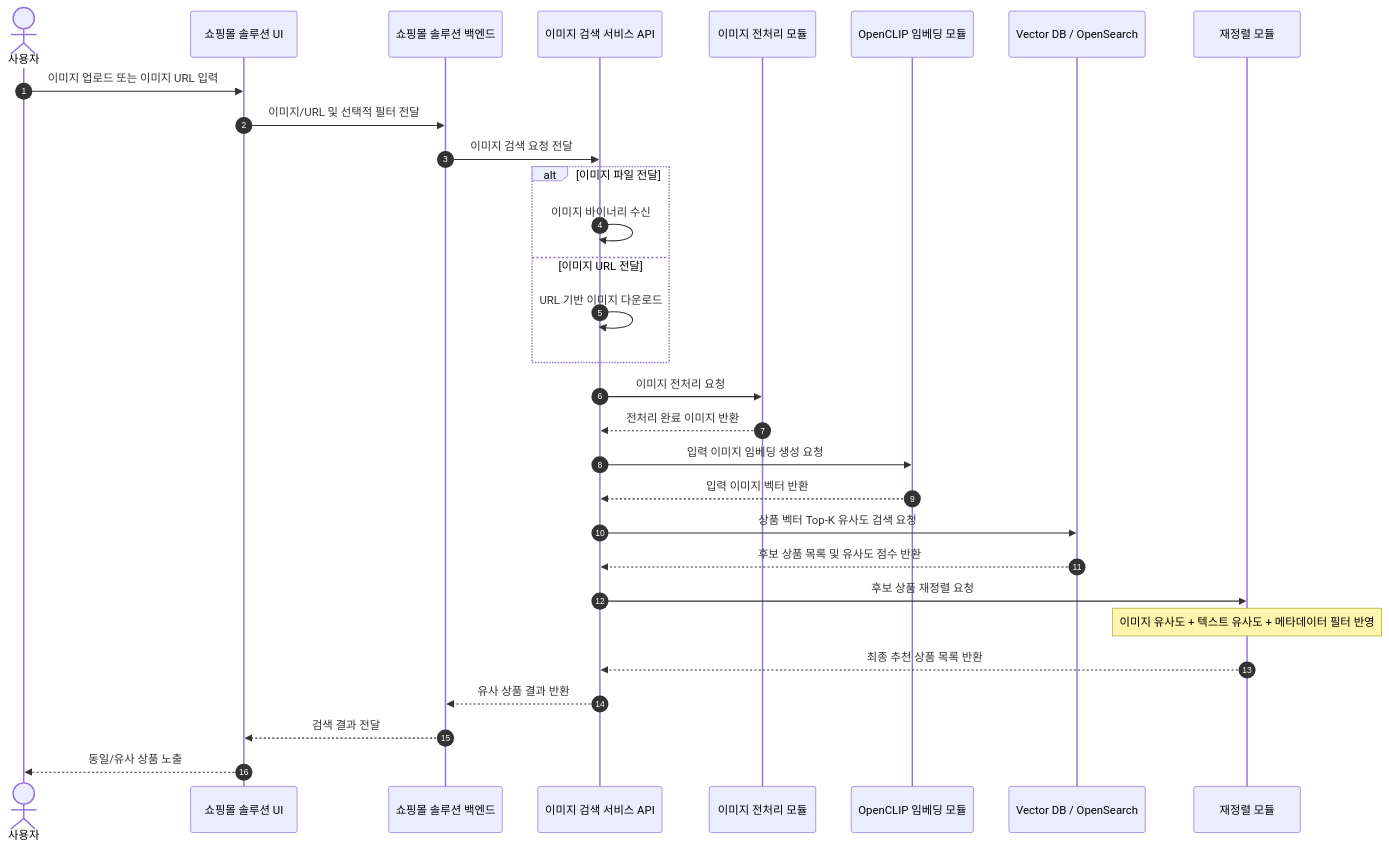
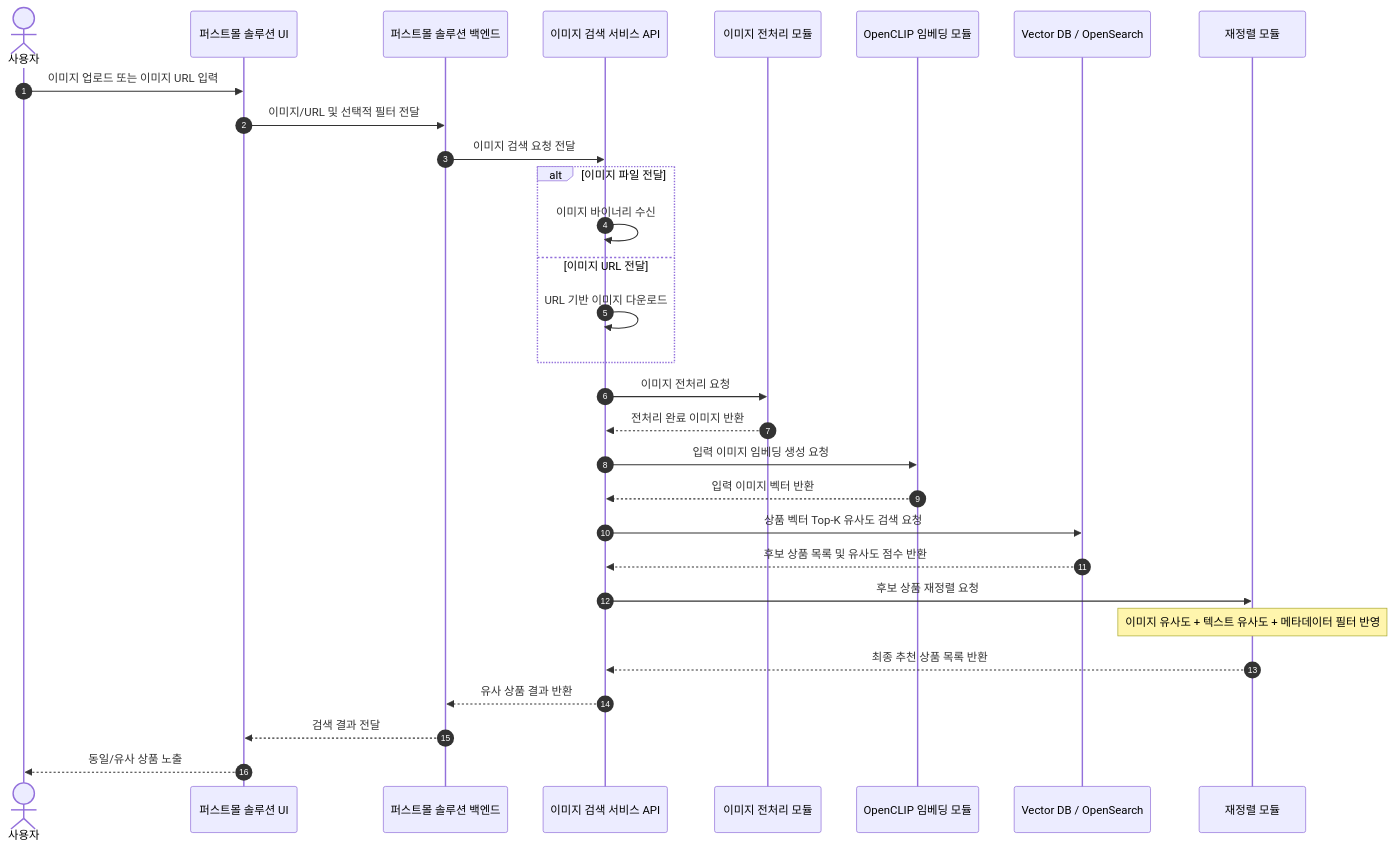
Before and after one commit to cincin00/playground-CLIP: the seventh of 7 diagrams in README.md, drawn with Mermaid. The commit also changed other lines of this file, not shown here.

````diff
--- a/README.md
+++ b/README.md
@@ -168,39 +322,39 @@
 ```mermaid
 sequenceDiagram
     autonumber
     actor User as 사용자
-    participant FMUI as 쇼핑몰 솔루션 UI
-    participant FMAPI as 쇼핑몰 솔루션 백엔드
+    participant FMUI as 퍼스트몰 솔루션 UI
+    participant FMAPI as 퍼스트몰 솔루션 백엔드
     participant ISAPI as 이미지 검색 서비스 API
     participant PRE as 이미지 전처리 모듈
     participant CLIP as OpenCLIP 임베딩 모듈
     participant VDB as Vector DB / OpenSearch
     participant RANK as 재정렬 모듈
 
     User->>FMUI: 이미지 업로드 또는 이미지 URL 입력
     FMUI->>FMAPI: 이미지/URL 및 선택적 필터 전달
     FMAPI->>ISAPI: 이미지 검색 요청 전달
 
     alt 이미지 파일 전달
         ISAPI->>ISAPI: 이미지 바이너리 수신
     else 이미지 URL 전달
         ISAPI->>ISAPI: URL 기반 이미지 다운로드
     end
 
     ISAPI->>PRE: 이미지 전처리 요청
     PRE-->>ISAPI: 전처리 완료 이미지 반환
 
     ISAPI->>CLIP: 입력 이미지 임베딩 생성 요청
     CLIP-->>ISAPI: 입력 이미지 벡터 반환
 
     ISAPI->>VDB: 상품 벡터 Top-K 유사도 검색 요청
     VDB-->>ISAPI: 후보 상품 목록 및 유사도 점수 반환
 
     ISAPI->>RANK: 후보 상품 재정렬 요청
     Note over RANK: 이미지 유사도 + 텍스트 유사도 + 메타데이터 필터 반영
     RANK-->>ISAPI: 최종 추천 상품 목록 반환
 
     ISAPI-->>FMAPI: 유사 상품 결과 반환
     FMAPI-->>FMUI: 검색 결과 전달
     FMUI-->>User: 동일/유사 상품 노출
 ```
````
